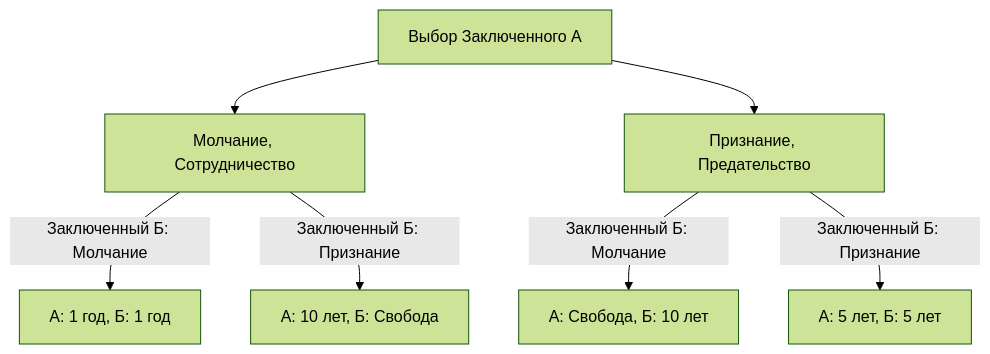
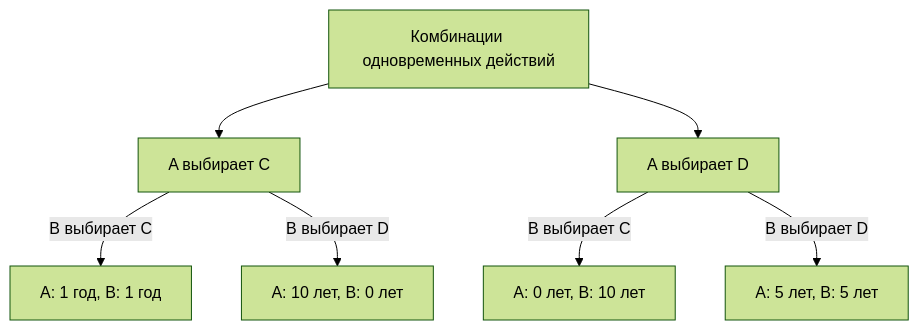
Before and after one commit to kenjinote/blog: the first of 2 diagrams in content/post/paradox-prisoners-dilemma/index.ru.md, drawn with Mermaid (forest theme). The commit also changed other lines of this file and 9 other files, not shown here.

````diff
--- a/content/post/paradox-prisoners-dilemma/index.ru.md
+++ b/content/post/paradox-prisoners-dilemma/index.ru.md
@@ -38,12 +35,9 @@
 ```mermaid
 graph TD
-    A["Выбор Заключенного А"]
-    B["Молчание, Сотрудничество"]
-    C["Признание, Предательство"]
-    A --> B
-    A --> C
-    B -- "Заключенный Б: Молчание" --> D["А: 1 год, Б: 1 год"]
-    B -- "Заключенный Б: Признание" --> E["А: 10 лет, Б: Свобода"]
-    C -- "Заключенный Б: Молчание" --> F["А: Свобода, Б: 10 лет"]
-    C -- "Заключенный Б: Признание" --> G["А: 5 лет, Б: 5 лет"]
+    Start["Комбинации одновременных действий"] --> AC["A выбирает C"]
+    Start --> AD["A выбирает D"]
+    AC -->|"B выбирает C"| CC["A: 1 год, B: 1 год"]
+    AC -->|"B выбирает D"| CD["A: 10 лет, B: 0 лет"]
+    AD -->|"B выбирает C"| DC["A: 0 лет, B: 10 лет"]
+    AD -->|"B выбирает D"| DD["A: 5 лет, B: 5 лет"]
 ```
````
